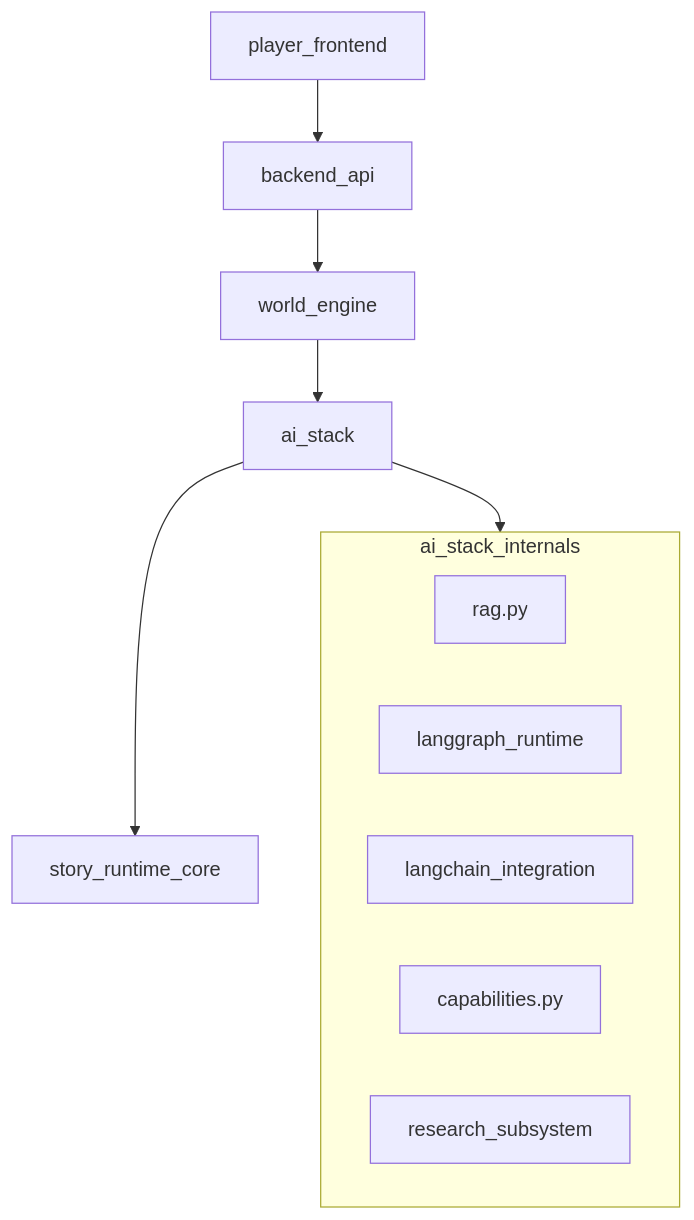
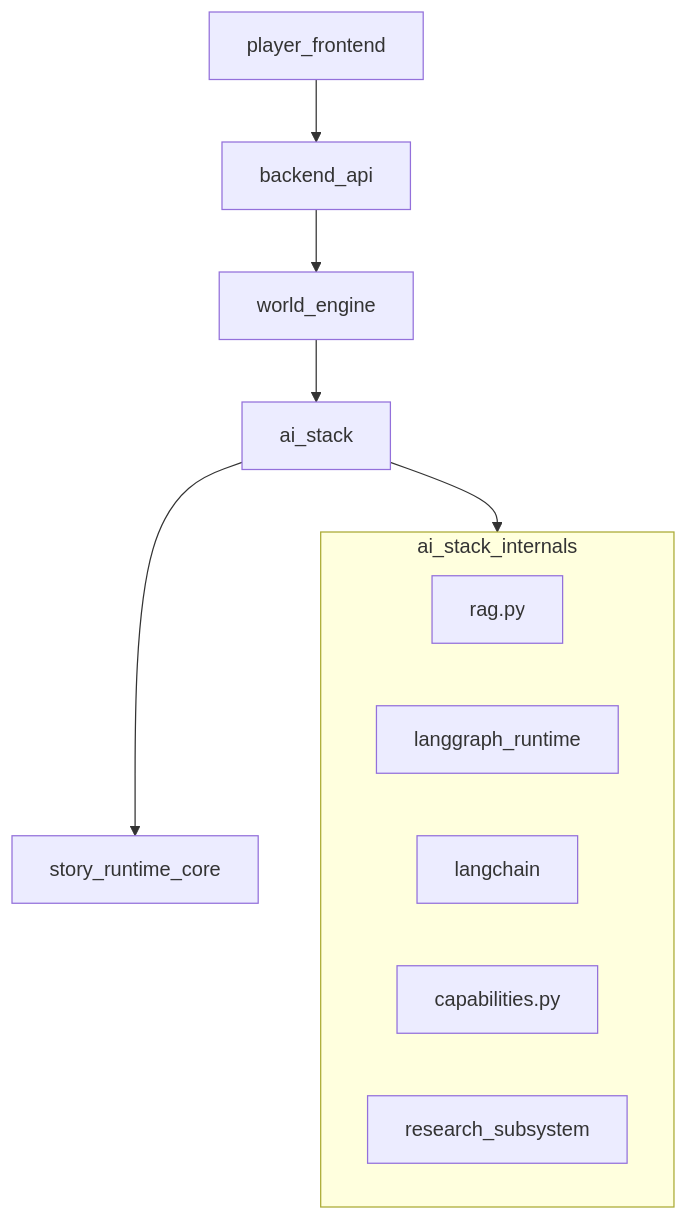
Before and after one commit to Held0fTheWelt/BLACKVEIN: the sixth of 7 diagrams in docs/ai/ai_system_in_world_of_shadows.md, drawn with Mermaid. The commit also changed other lines of this file and 292 other files, not shown here.

````diff
--- a/docs/ai/ai_system_in_world_of_shadows.md
+++ b/docs/ai/ai_system_in_world_of_shadows.md
@@ -393,20 +393,20 @@
 ```mermaid
 flowchart TB
   FE[player_frontend]
   BE[backend_api]
   WE[world_engine]
   AS[ai_stack]
   SRC[story_runtime_core]
   subgraph asDetail [ai_stack_internals]
     RAG[rag.py]
     LG[langgraph_runtime]
-    LC[langchain_integration]
+    LC[langchain]
     CAP[capabilities.py]
     RES[research_subsystem]
   end
   FE --> BE
   BE --> WE
   WE --> AS
   AS --> SRC
   AS --> asDetail
 ```
````
